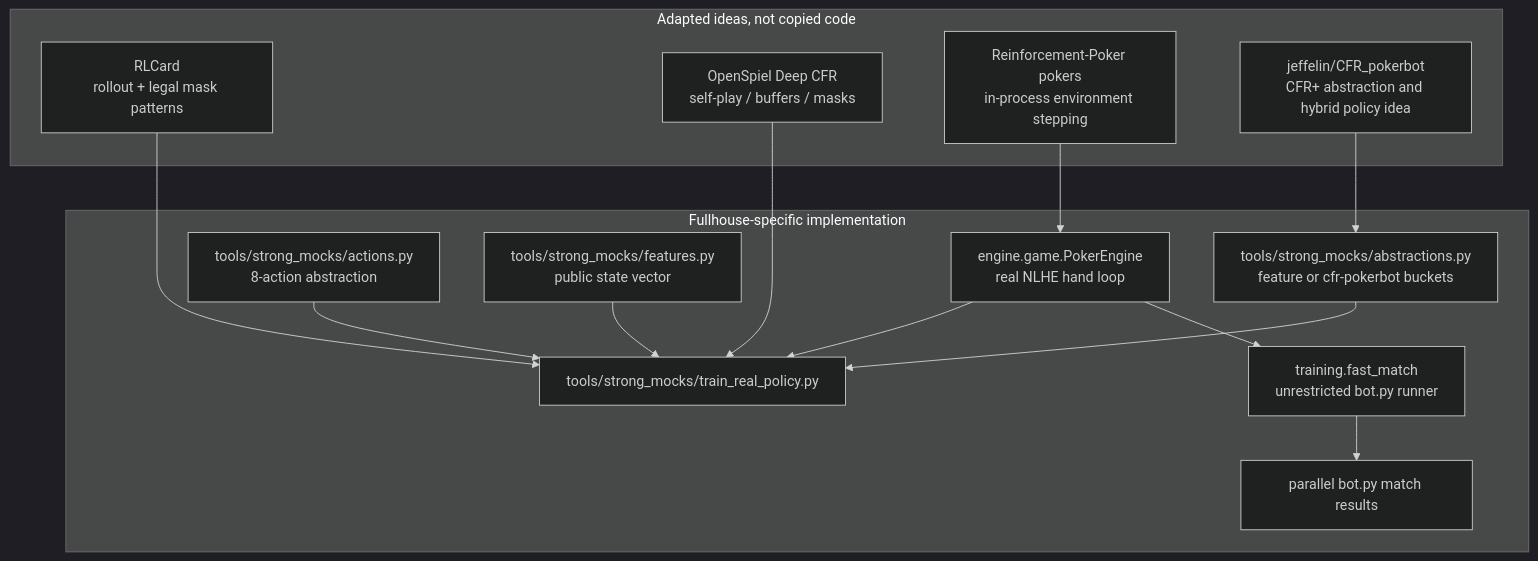
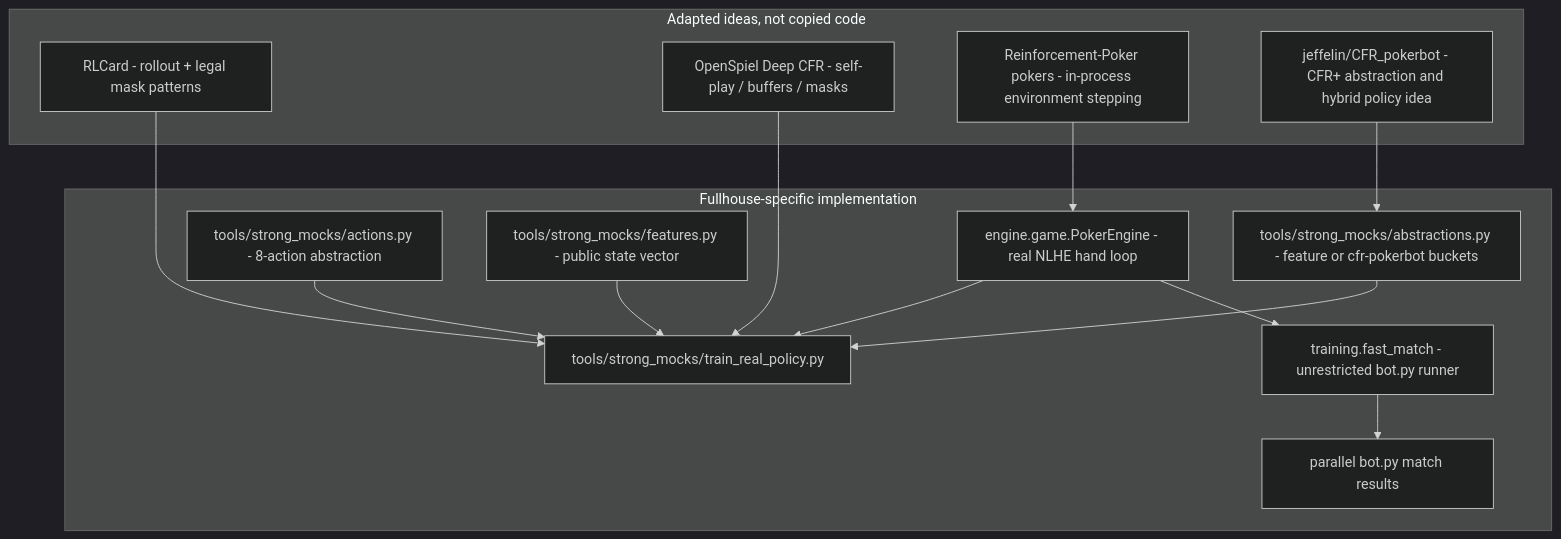
One commit to kosunghun317/fullhouse-engine changed the first of 2 diagrams in docs/real-training-pipeline-plan.md. Above: the diagram before and after it, drawn with Mermaid (dark theme). The commit also changed other lines of this file and 13 other files, not shown here.

Commit message:
docs: normalize mermaid diagrams

````diff
--- a/docs/real-training-pipeline-plan.md
+++ b/docs/real-training-pipeline-plan.md
@@ -112,30 +112,30 @@
 ```mermaid
-graph TB
+graph TD
     subgraph Sources["Adapted ideas, not copied code"]
-        RLCard["RLCard\nrollout + legal mask patterns"]
-        OpenSpiel["OpenSpiel Deep CFR\nself-play / buffers / masks"]
-        Pokers["Reinforcement-Poker pokers\nin-process environment stepping"]
-        CFRPokerbot["jeffelin/CFR_pokerbot\nCFR+ abstraction and hybrid policy idea"]
+        RLCard["RLCard - rollout + legal mask patterns"]
+        OpenSpiel["OpenSpiel Deep CFR - self-play / buffers / masks"]
+        Pokers["Reinforcement-Poker pokers - in-process environment stepping"]
+        CFRPokerbot["jeffelin/CFR_pokerbot - CFR+ abstraction and hybrid policy idea"]
     end
 
     subgraph FullhouseAdaptation["Fullhouse-specific implementation"]
-        Engine["engine.game.PokerEngine\nreal NLHE hand loop"]
-        FastRunner["training.fast_match\nunrestricted bot.py runner"]
+        Engine["engine.game.PokerEngine - real NLHE hand loop"]
+        FastRunner["training.fast_match - unrestricted bot.py runner"]
         FastResults["parallel bot.py match results"]
-        Actions["tools/strong_mocks/actions.py\n8-action abstraction"]
-        Features["tools/strong_mocks/features.py\npublic state vector"]
-        Abstractions["tools/strong_mocks/abstractions.py\nfeature or cfr-pokerbot buckets"]
+        Actions["tools/strong_mocks/actions.py - 8-action abstraction"]
+        Features["tools/strong_mocks/features.py - public state vector"]
+        Abstractions["tools/strong_mocks/abstractions.py - feature or cfr-pokerbot buckets"]
         Trainer["tools/strong_mocks/train_real_policy.py"]
     end
 
     RLCard --> Trainer
     OpenSpiel --> Trainer
     Pokers --> Engine
     CFRPokerbot --> Abstractions
     Engine --> Trainer
     Engine --> FastRunner
     FastRunner --> FastResults
     Actions --> Trainer
     Features --> Trainer
     Abstractions --> Trainer
 ```
````
